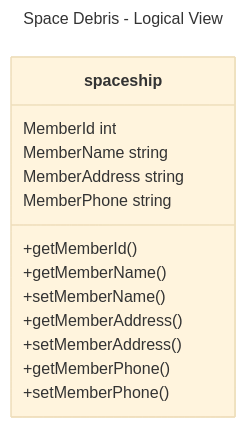
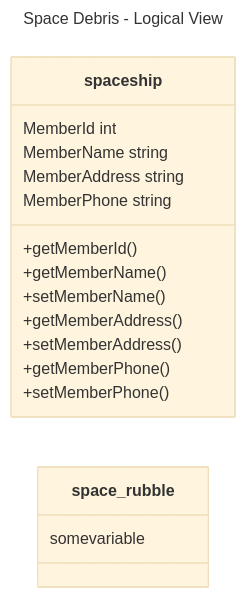
Before and after one commit to mmehta2669/Final_Project_Group_2: the diagram in README.md, drawn with Mermaid (base theme).

````diff
--- a/README.md
+++ b/README.md
@@ -14,29 +14,30 @@
 ```mermaid
 ---
 title: Space Debris - Logical View
 ---
 classDiagram
 direction LR
 spaceship
 spaceship : MemberId int
 spaceship : MemberName string
 spaceship : MemberAddress string
 spaceship : MemberPhone string
 spaceship : +getMemberId()
 spaceship : +getMemberName()
 spaceship : +setMemberName()
 spaceship : +getMemberAddress()
 spaceship : +setMemberAddress()
 spaceship : +getMemberPhone()
 spaceship : +setMemberPhone()
 
 title_screen
 
 space_rubble
+space_rubble : somevariable
 
 background
 
 ammunition
 
 
 ```
````
